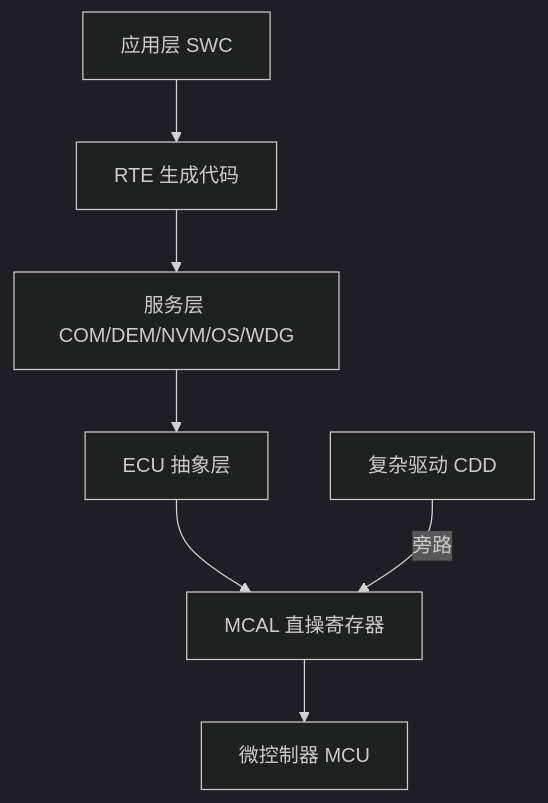
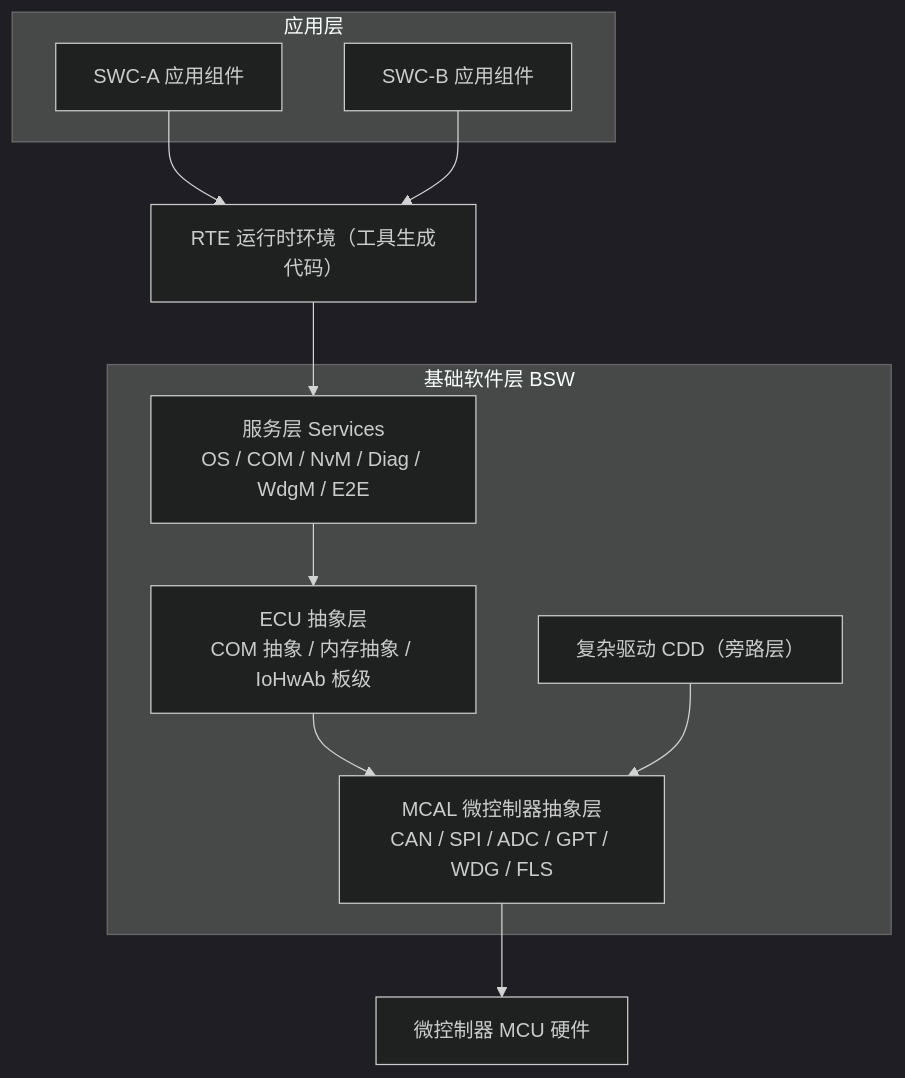
One commit to 1208826038/embedded-skill-notes changed the first of 10 diagrams in articles/15-autosar-arch.md. Above: the diagram before and after it, drawn with Mermaid (dark theme). The commit also changed other lines of this file, not shown here.

````diff
--- a/articles/15-autosar-arch.md
+++ b/articles/15-autosar-arch.md
@@ -32,9 +68,23 @@
 ```mermaid
 flowchart TD
-    SWC[应用层 SWC] --> RTE[RTE 生成代码]
-    RTE --> SVC[服务层 COM/DEM/NVM/OS/WDG]
-    SVC --> EAL[ECU 抽象层]
-    EAL --> MCAL[MCAL 直操寄存器]
-    MCAL --> MCU[微控制器 MCU]
-    CDD[复杂驱动 CDD] -->|旁路| MCAL
+    subgraph APP["应用层"]
+        SWC1[SWC-A 应用组件]
+        SWC2[SWC-B 应用组件]
+    end
+    RTE[RTE 运行时环境（工具生成代码）]
+    subgraph BSW["基础软件层 BSW"]
+        SVC[服务层 Services<br/>OS / COM / NvM / Diag / WdgM / E2E]
+        EAL[ECU 抽象层<br/>COM 抽象 / 内存抽象 / IoHwAb 板级]
+        CDD[复杂驱动 CDD（旁路层）]
+        MCAL[MCAL 微控制器抽象层<br/>CAN / SPI / ADC / GPT / WDG / FLS]
+    end
+    MCU[微控制器 MCU 硬件]
+
+    SWC1 --> RTE
+    SWC2 --> RTE
+    RTE --> SVC
+    SVC --> EAL
+    EAL --> MCAL
+    CDD --> MCAL
+    MCAL --> MCU
 ```
````
